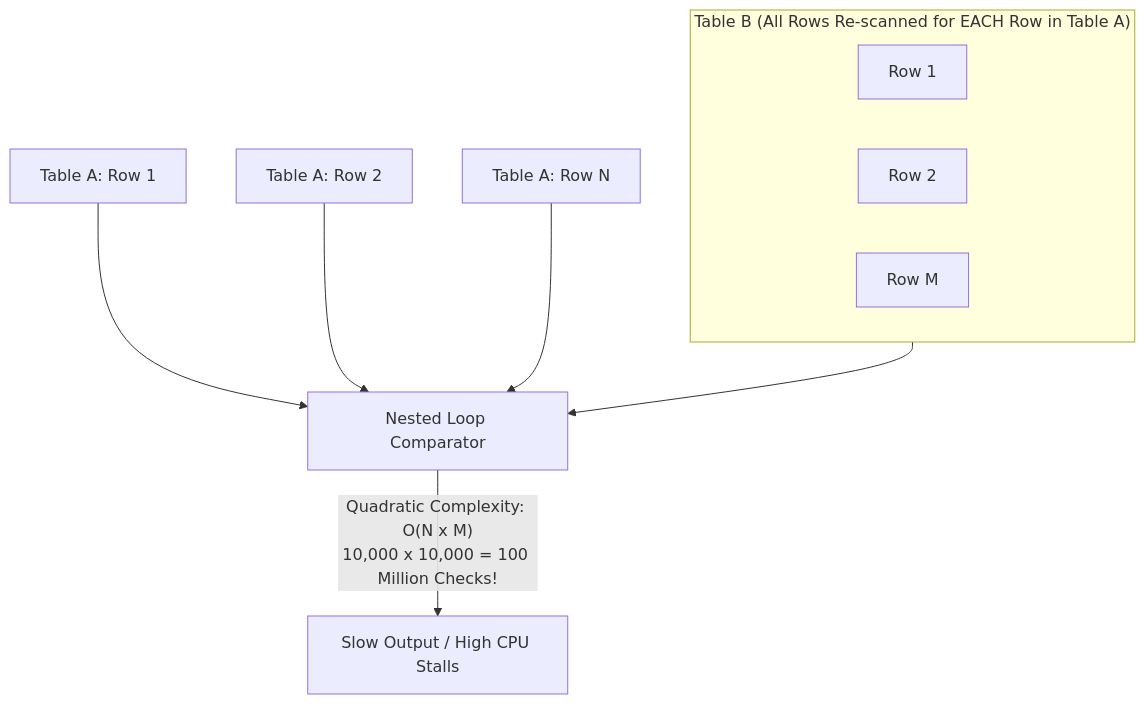
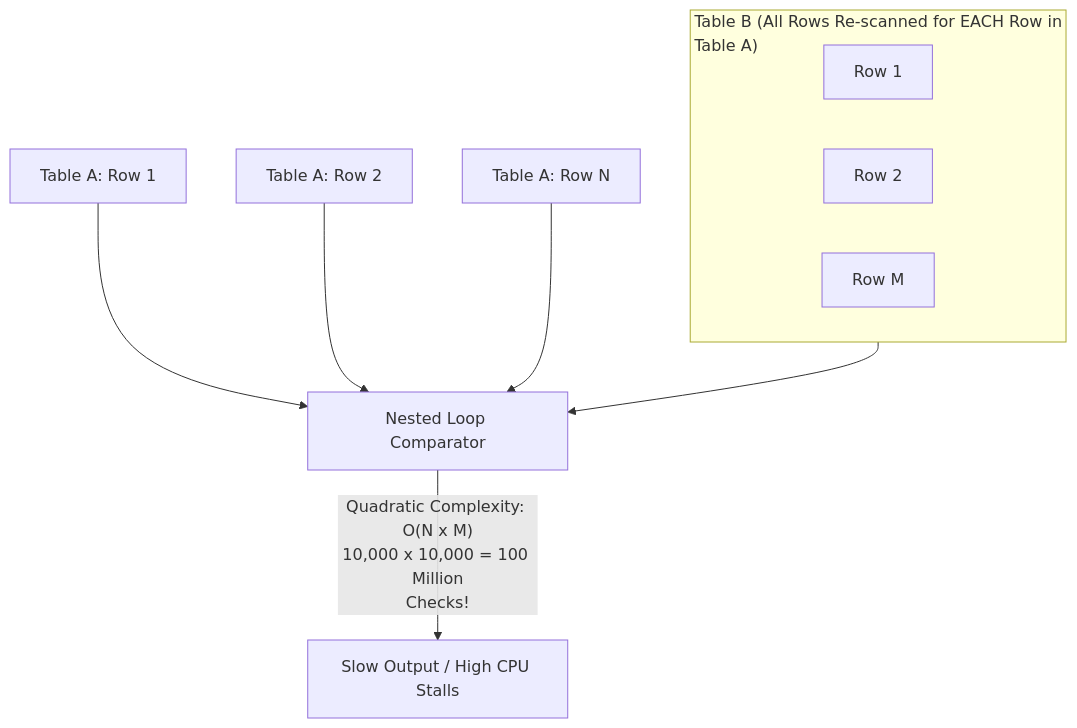
Before and after one commit to santoshjammi29/moderndataengineer: the seventh of 9 diagrams in docs/engineering/distributed_core_joins_and_skew_deep_dive.md, drawn with Mermaid. The commit also changed other lines of this file and 29 other files, not shown here.

Commit message:
fix(diagrams): word-wrap labels and escape comparison operators across all diagrams

````diff
--- a/docs/engineering/distributed_core_joins_and_skew_deep_dive.md
+++ b/docs/engineering/distributed_core_joins_and_skew_deep_dive.md
@@ -223,15 +223,15 @@
 ```mermaid
 flowchart TD
     OuterRow1["Table A: Row 1"] --> Loop["Nested Loop Comparator"]
     OuterRow2["Table A: Row 2"] --> Loop
     OuterRowN["Table A: Row N"] --> Loop
 
-    subgraph InnerTable ["Table B (All Rows Re-scanned for EACH Row in Table A)"]
+    subgraph InnerTable ["Table B (All Rows Re-scanned for EACH Row in<br/>Table A)"]
         RowB1["Row 1"]
         RowB2["Row 2"]
         RowBM["Row M"]
     end
 
     InnerTable --> Loop
-    Loop -->|"Quadratic Complexity: O(N x M)\n10,000 x 10,000 = 100 Million Checks!"| Output["Slow Output / High CPU Stalls"]
+    Loop -->|"Quadratic Complexity: O(N x M)<br/>10,000 x 10,000 = 100 Million<br/>Checks!"| Output["Slow Output / High CPU Stalls"]
 ```
````
